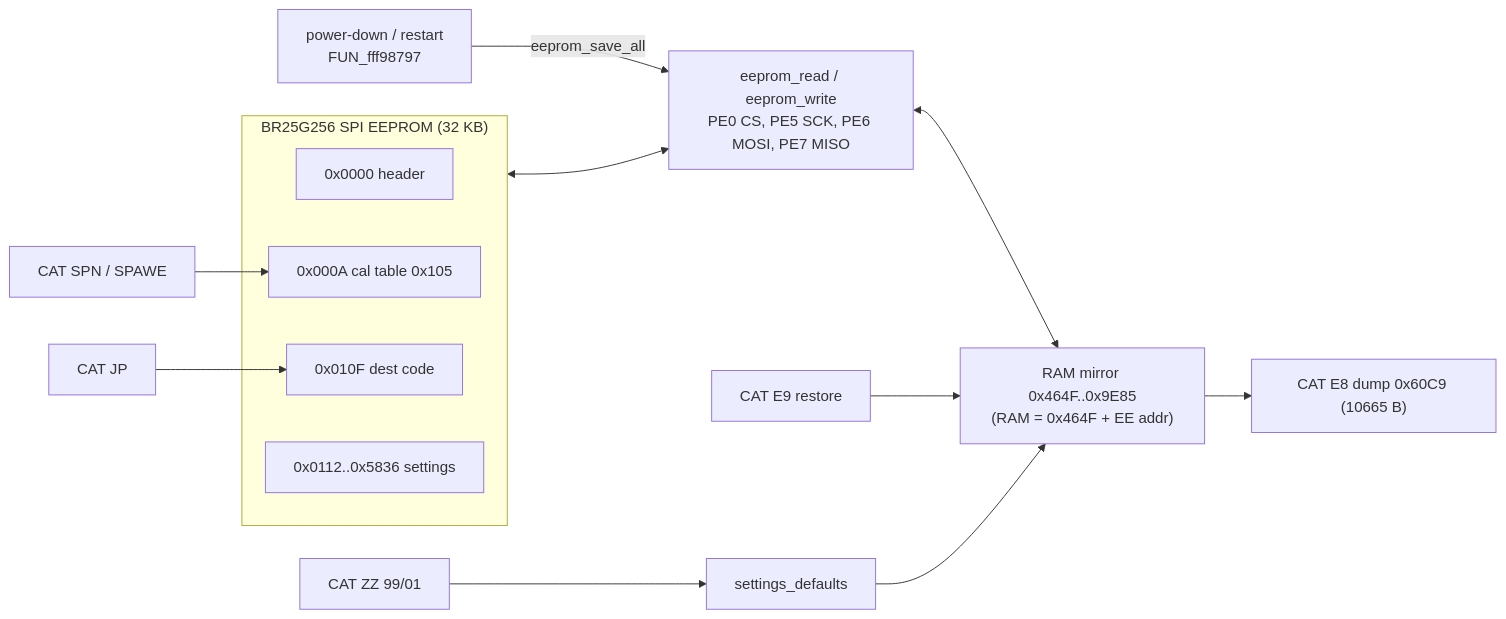
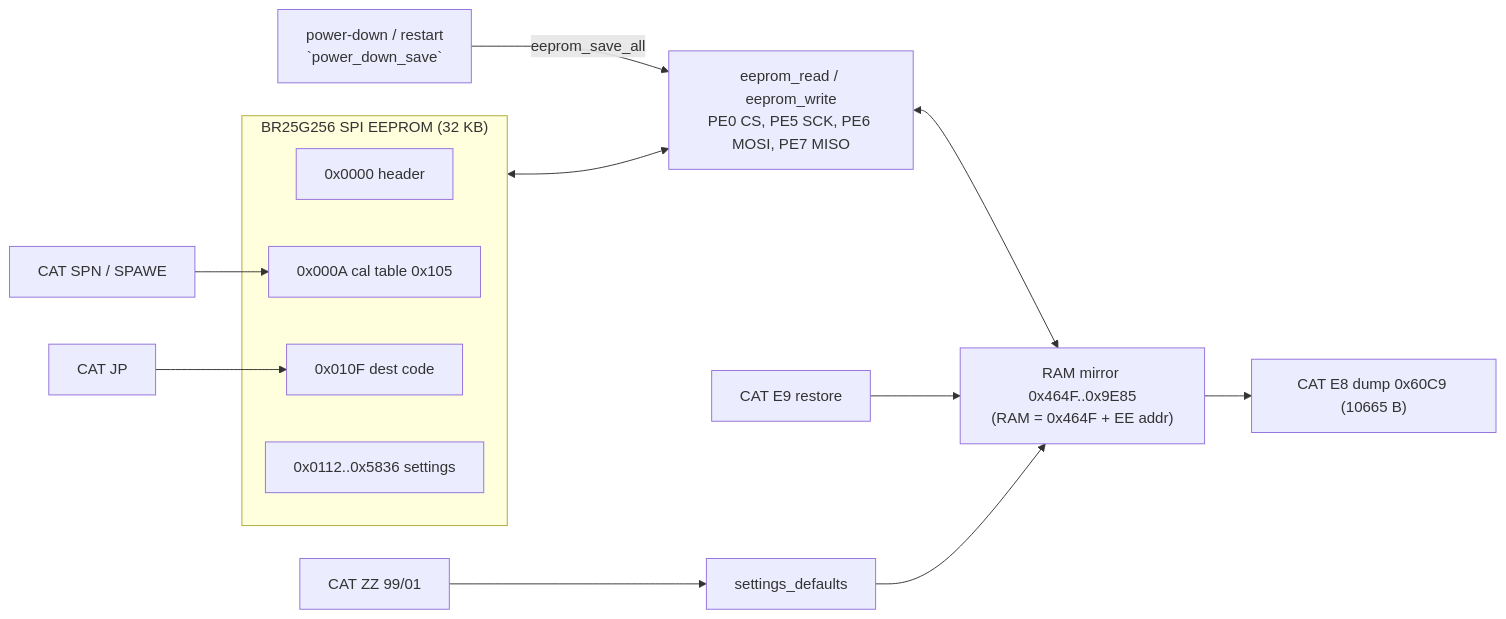
Before and after one commit to Reid-n0rc/FT-710_Firmware: the first of 3 diagrams in docs/code/main/eeprom.md, drawn with Mermaid. The commit also changed other lines of this file and 29 other files, not shown here.

````diff
--- a/docs/code/main/eeprom.md
+++ b/docs/code/main/eeprom.md
@@ -17,19 +16,19 @@
 ```mermaid
 flowchart LR
   subgraph EE["BR25G256 SPI EEPROM (32 KB)"]
     H["0x0000 header"]
     CAL["0x000A cal table 0x105"]
     DST["0x010F dest code"]
     REST["0x0112..0x5836 settings"]
   end
   DRV["eeprom_read / eeprom_write<br/>PE0 CS, PE5 SCK, PE6 MOSI, PE7 MISO"]
   EE <--> DRV
   DRV <--> RAM["RAM mirror 0x464F..0x9E85<br/>(RAM = 0x464F + EE addr)"]
   RAM --> E8["CAT E8 dump 0x60C9 (10665 B)"]
   E9["CAT E9 restore"] --> RAM
   SPN["CAT SPN / SPAWE"] --> CAL
   JP["CAT JP"] --> DST
   ZZ["CAT ZZ 99/01"] --> DEF["settings_defaults"]
   DEF --> RAM
-  PD["power-down / restart<br/>FUN_fff98797"] -->|eeprom_save_all| DRV
+  PD["power-down / restart<br/>`power_down_save`"] -->|eeprom_save_all| DRV
 ```
````
